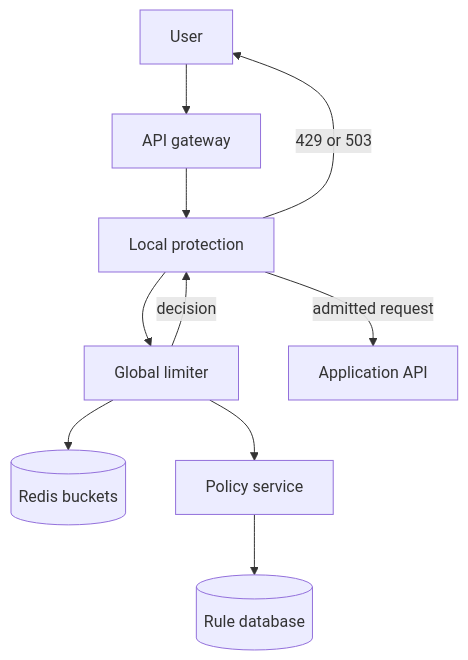
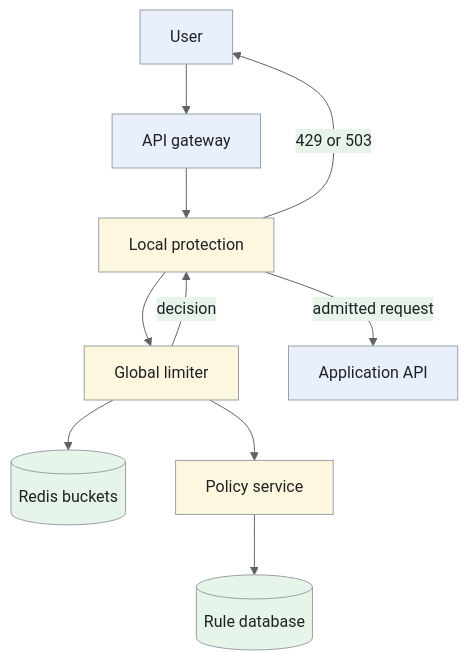
The first of 4 diagrams in _designs/system-design-rate-limiter.md (iliazlobin/iliazlobin.github.io), drawn with Mermaid before and after one commit. The commit also changed other lines of this file and 25 other files, not shown here.

Commit message:
docs: explain Batch B design flows and tradeoffs

````diff
--- a/_designs/system-design-rate-limiter.md
+++ b/_designs/system-design-rate-limiter.md
@@ -117,12 +130,20 @@
 ```mermaid
+%%{init: {'theme':'base','themeVariables':{'primaryColor':'#e8f0fe','primaryTextColor':'#202124','primaryBorderColor':'#9aa0a6','lineColor':'#5f6368','secondaryColor':'#e6f4ea','tertiaryColor':'#fef7e0','actorBkg':'#e8f0fe','actorBorder':'#9aa0a6','actorTextColor':'#202124','noteBkgColor':'#fef7e0','noteTextColor':'#202124','noteBorderColor':'#9aa0a6','signalColor':'#5f6368','signalTextColor':'#202124','labelBoxBkgColor':'#fef7e0','labelBoxBorderColor':'#9aa0a6'}}}%%
 flowchart TB
   U["User"] --> G["API gateway"]
   G --> L["Local protection"]
   L --> R["Global limiter"]
   R --> B[("Redis buckets")]
   R --> C["Policy service"]
   C --> P[("Rule database")]
   L -->|admitted request| A["Application API"]
   R -->|decision| L
   L -->|429 or 503| U
+classDef request fill:#e8f0fe,stroke:#9aa0a6,color:#202124;
+classDef data fill:#e6f4ea,stroke:#9aa0a6,color:#202124;
+classDef control fill:#fef7e0,stroke:#9aa0a6,color:#202124;
+class U,G,A request;
+class B,P data;
+class L,R,C control;
+
 ```
````
